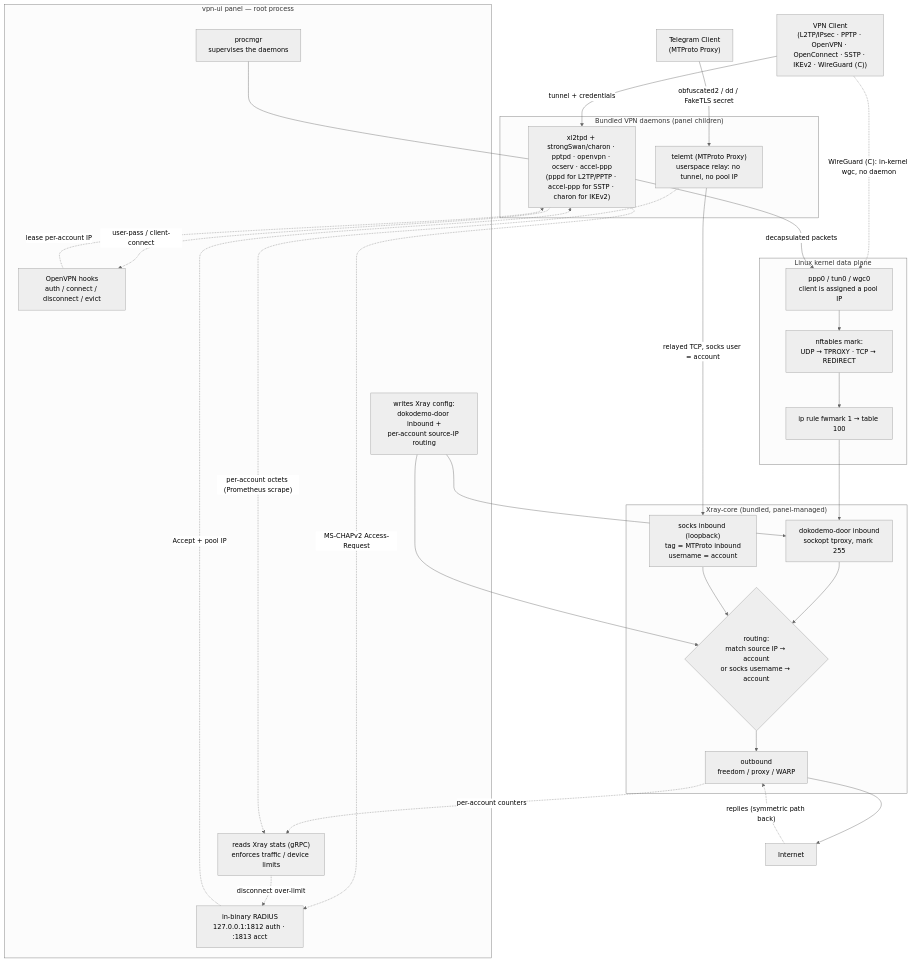
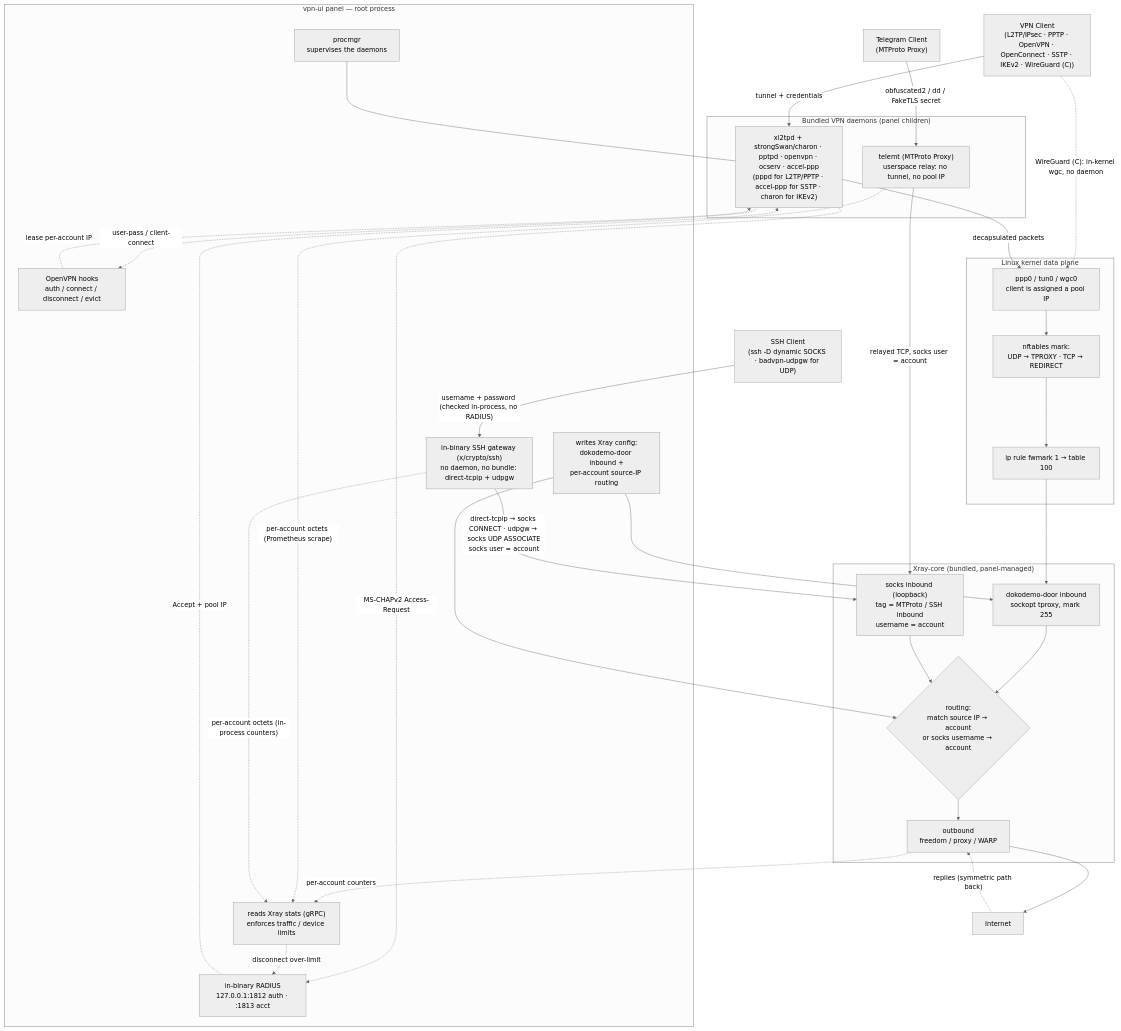
One commit to moeinimy/moeinimy-tunnel-ui changed the first of 2 diagrams in README.md. Above: the diagram before and after it, drawn with Mermaid (neutral theme). The commit also changed other lines of this file and 55 other files, not shown here.

````diff
--- a/README.md
+++ b/README.md
@@ -135,58 +117,63 @@
 ```mermaid
 flowchart TB
   Client["VPN Client<br/>(L2TP/IPsec · PPTP · OpenVPN · OpenConnect · SSTP · IKEv2 · WireGuard (C))"]
   TGC["Telegram Client<br/>(MTProto Proxy)"]
+  SSHC["SSH Client<br/>(ssh -D dynamic SOCKS · badvpn-udpgw for UDP)"]
 
   subgraph PANEL["vpn-ui panel — root process"]
     PROC["procmgr<br/>supervises the daemons"]
     RAD["in-binary RADIUS<br/>127.0.0.1:1812 auth · :1813 acct"]
     HOOK["OpenVPN hooks<br/>auth / connect / disconnect / evict"]
     CONF["writes Xray config:<br/>dokodemo-door inbound +<br/>per-account source-IP routing"]
     STAT["reads Xray stats (gRPC)<br/>enforces traffic / device limits"]
+    SSHSRV["in-binary SSH gateway (x/crypto/ssh)<br/>no daemon, no bundle: direct-tcpip + udpgw"]
   end
 
   subgraph DAEMON["Bundled VPN daemons (panel children)"]
     D["xl2tpd + strongSwan/charon · pptpd · openvpn · ocserv · accel-ppp<br/>(pppd for L2TP/PPTP · accel-ppp for SSTP · charon for IKEv2)"]
     MT["telemt (MTProto Proxy)<br/>userspace relay: no tunnel, no pool IP"]
   end
 
   subgraph KERNEL["Linux kernel data plane"]
     IFACE["ppp0 / tun0 / wgc0<br/>client is assigned a pool IP"]
     NFT["nftables mark:<br/>UDP → TPROXY · TCP → REDIRECT"]
     RULE["ip rule fwmark 1 → table 100"]
   end
 
   subgraph XRAY["Xray-core (bundled, panel-managed)"]
     DOKO["dokodemo-door inbound<br/>sockopt tproxy, mark 255"]
-    SOCKS["socks inbound (loopback)<br/>tag = MTProto inbound<br/>username = account"]
+    SOCKS["socks inbound (loopback)<br/>tag = MTProto / SSH inbound<br/>username = account"]
     ROUTE{"routing:<br/>match source IP → account<br/>or socks username → account"}
     OUT["outbound<br/>freedom / proxy / WARP"]
   end
 
   NET["Internet"]
 
   %% control plane
   Client -->|"tunnel + credentials"| D
   Client -.->|"WireGuard (C): in-kernel wgc, no daemon"| IFACE
   TGC -->|"obfuscated2 / dd / FakeTLS secret"| MT
+  SSHC -->|"username + password (checked in-process, no RADIUS)"| SSHSRV
   D -.->|"MS-CHAPv2 Access-Request"| RAD
   RAD -.->|"Accept + pool IP"| D
   D -.->|"user-pass / client-connect"| HOOK
   HOOK -.->|"lease per-account IP"| D
   PROC --- D
   CONF --> DOKO
   CONF --> ROUTE
 
   %% data plane
   D -->|"decapsulated packets"| IFACE
   IFACE --> NFT --> RULE --> DOKO
   DOKO --> ROUTE --> OUT --> NET
   MT -->|"relayed TCP, socks user = account"| SOCKS
+  SSHSRV -->|"direct-tcpip → socks CONNECT · udpgw → socks UDP ASSOCIATE<br/>socks user = account"| SOCKS
   SOCKS --> ROUTE
 
   %% accounting + return
   OUT -.->|"per-account counters"| STAT
   MT -.->|"per-account octets (Prometheus scrape)"| STAT
+  SSHSRV -.->|"per-account octets (in-process counters)"| STAT
   STAT -.->|"disconnect over-limit"| RAD
   NET -.->|"replies (symmetric path back)"| OUT
 ```
````
